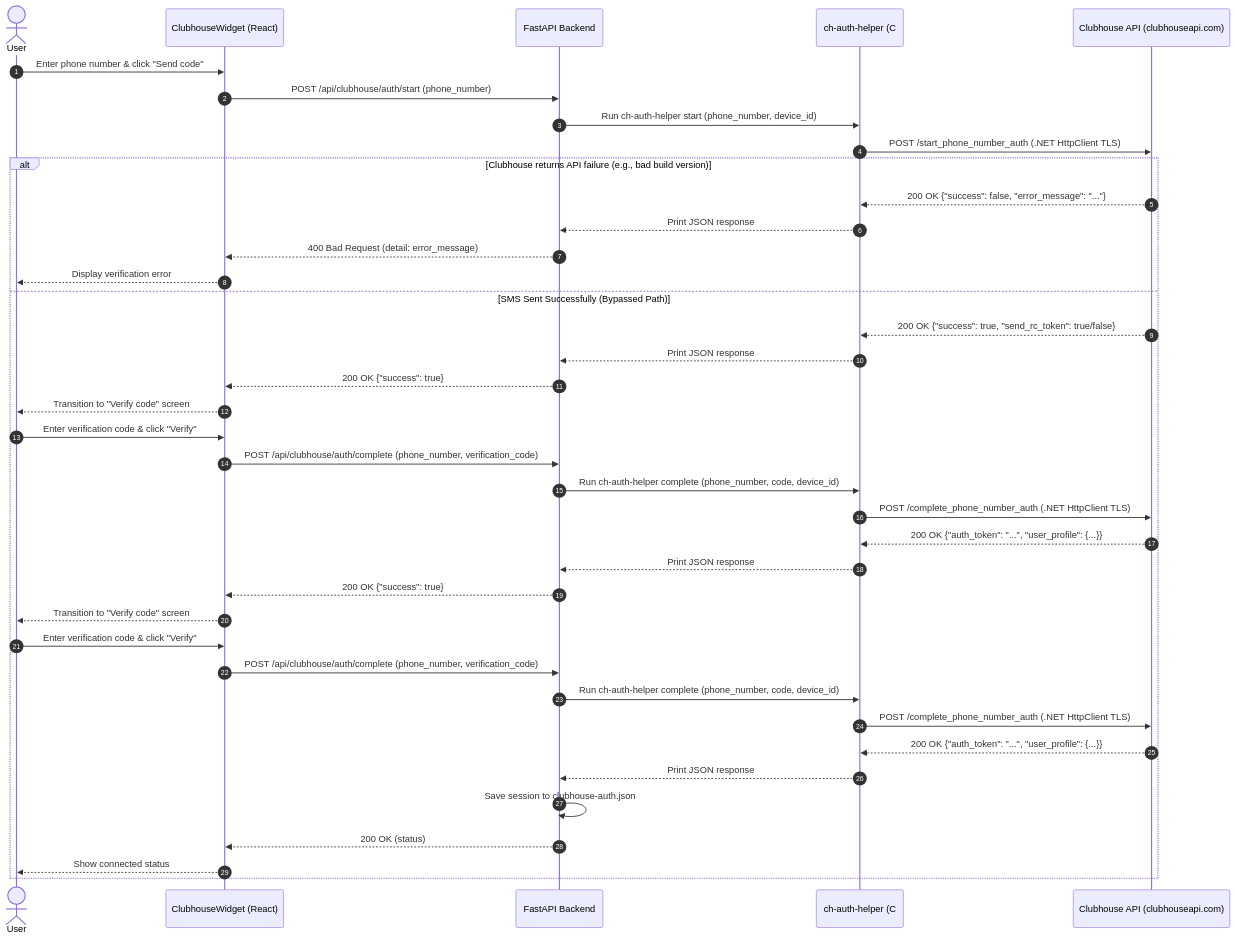
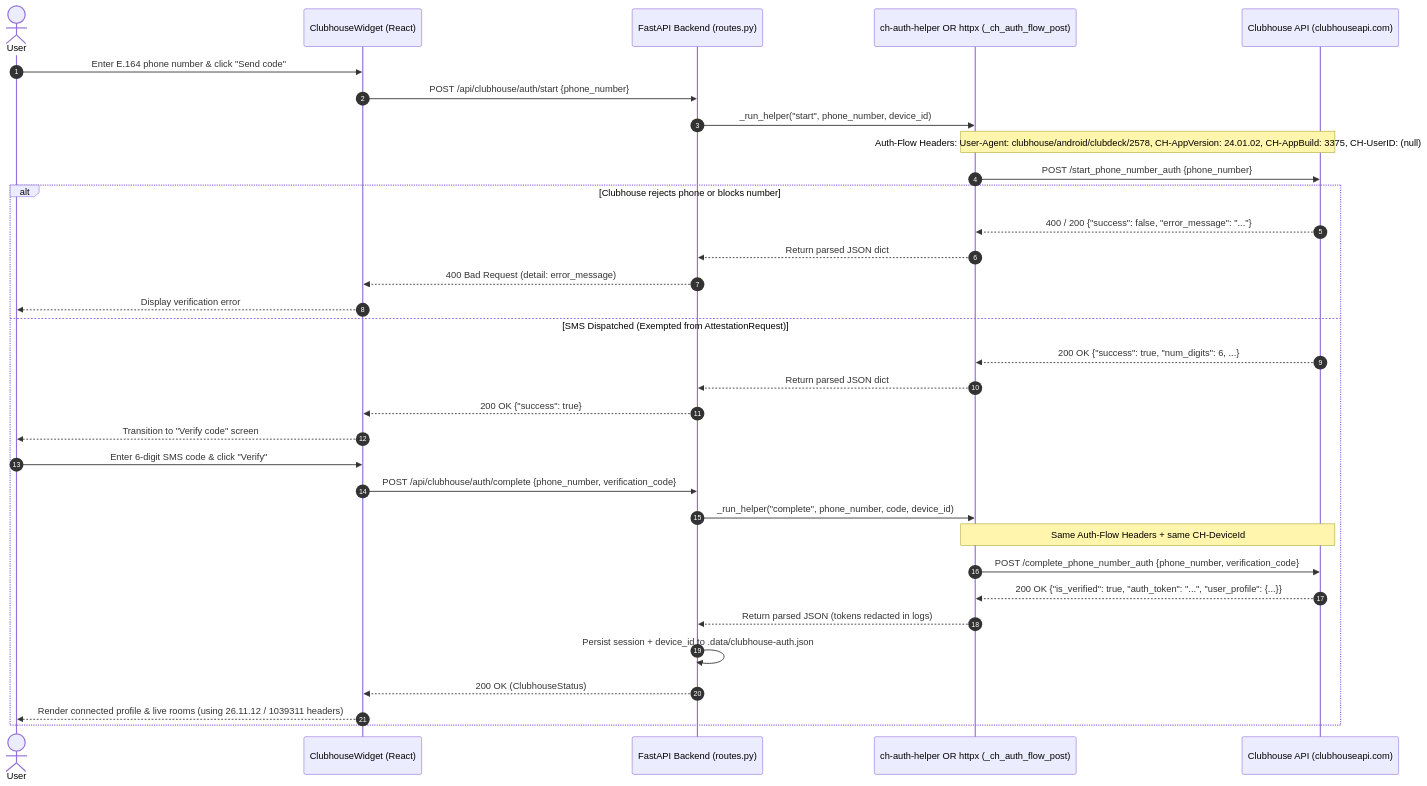
The second of 3 diagrams in docs/modules/clubhouse.mdx (ConstCorrectness/horrible-dashboard), drawn with Mermaid before and after one commit. The commit also changed other lines of this file and 5 other files, not shown here.

First line of the commit message:
fix(clubhouse): use Clubdeck auth User-Agent and httpx fallback for SMS login

````diff
--- a/docs/modules/clubhouse.mdx
+++ b/docs/modules/clubhouse.mdx
@@ -333,43 +386,37 @@
 ```mermaid
 sequenceDiagram
     autonumber
     actor User
     participant Frontend as ClubhouseWidget (React)
-    participant Backend as FastAPI Backend
-    participant Helper as ch-auth-helper (C# Subprocess)
+    participant Backend as FastAPI Backend (routes.py)
+    participant Transport as ch-auth-helper OR httpx (_ch_auth_flow_post)
     participant Clubhouse as Clubhouse API (clubhouseapi.com)
 
-    User->>Frontend: Enter phone number & click "Send code"
-    Frontend->>Backend: POST /api/clubhouse/auth/start (phone_number)
-    Backend->>Helper: Run ch-auth-helper start (phone_number, device_id)
-    Helper->>Clubhouse: POST /start_phone_number_auth (.NET HttpClient TLS)
+    User->>Frontend: Enter E.164 phone number & click "Send code"
+    Frontend->>Backend: POST /api/clubhouse/auth/start {phone_number}
+    Backend->>Transport: _run_helper("start", phone_number, device_id)
+    Note over Transport,Clubhouse: Auth-Flow Headers: User-Agent: clubhouse/android/clubdeck/2578, CH-AppVersion: 24.01.02, CH-AppBuild: 3375, CH-UserID: (null)
+    Transport->>Clubhouse: POST /start_phone_number_auth {phone_number}
 
-    alt Clubhouse returns API failure (e.g., bad build version)
-        Clubhouse-->>Helper: 200 OK {"success": false, "error_message": "..."}
-        Helper-->>Backend: Print JSON response
+    alt Clubhouse rejects phone or blocks number
+        Clubhouse-->>Transport: 400 / 200 {"success": false, "error_message": "..."}
+        Transport-->>Backend: Return parsed JSON dict
         Backend-->>Frontend: 400 Bad Request (detail: error_message)
         Frontend-->>User: Display verification error
-    else SMS Sent Successfully (Bypassed Path)
-        Clubhouse-->>Helper: 200 OK {"success": true, "send_rc_token": true/false}
-        Helper-->>Backend: Print JSON response
+    else SMS Dispatched (Exempted from AttestationRequest)
+        Clubhouse-->>Transport: 200 OK {"success": true, "num_digits": 6, ...}
+        Transport-->>Backend: Return parsed JSON dict
         Backend-->>Frontend: 200 OK {"success": true}
         Frontend-->>User: Transition to "Verify code" screen
-        User->>Frontend: Enter verification code & click "Verify"
-        Frontend->>Backend: POST /api/clubhouse/auth/complete (phone_number, verification_code)
-        Backend->>Helper: Run ch-auth-helper complete (phone_number, code, device_id)
-        Helper->>Clubhouse: POST /complete_phone_number_auth (.NET HttpClient TLS)
-        Clubhouse-->>Helper: 200 OK {"auth_token": "...", "user_profile": {...}}
-        Helper-->>Backend: Print JSON response
-        Backend-->>Frontend: 200 OK {"success": true}
-        Frontend-->>User: Transition to "Verify code" screen
-        User->>Frontend: Enter verification code & click "Verify"
-        Frontend->>Backend: POST /api/clubhouse/auth/complete (phone_number, verification_code)
-        Backend->>Helper: Run ch-auth-helper complete (phone_number, code, device_id)
-        Helper->>Clubhouse: POST /complete_phone_number_auth (.NET HttpClient TLS)
-        Clubhouse-->>Helper: 200 OK {"auth_token": "...", "user_profile": {...}}
-        Helper-->>Backend: Print JSON response
-        Backend->>Backend: Save session to clubhouse-auth.json
-        Backend-->>Frontend: 200 OK (status)
-        Frontend-->>User: Show connected status
+        User->>Frontend: Enter 6-digit SMS code & click "Verify"
+        Frontend->>Backend: POST /api/clubhouse/auth/complete {phone_number, verification_code}
+        Backend->>Transport: _run_helper("complete", phone_number, code, device_id)
+        Note over Transport,Clubhouse: Same Auth-Flow Headers + same CH-DeviceId
+        Transport->>Clubhouse: POST /complete_phone_number_auth {phone_number, verification_code}
+        Clubhouse-->>Transport: 200 OK {"is_verified": true, "auth_token": "...", "user_profile": {...}}
+        Transport-->>Backend: Return parsed JSON (tokens redacted in logs)
+        Backend->>Backend: Persist session + device_id to .data/clubhouse-auth.json
+        Backend-->>Frontend: 200 OK (ClubhouseStatus)
+        Frontend-->>User: Render connected profile & live rooms (using 26.11.12 / 1039311 headers)
     end
 ```
````
